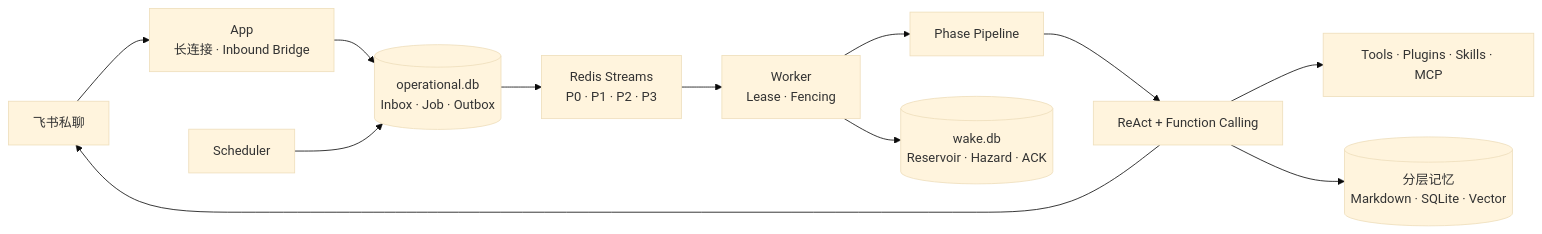
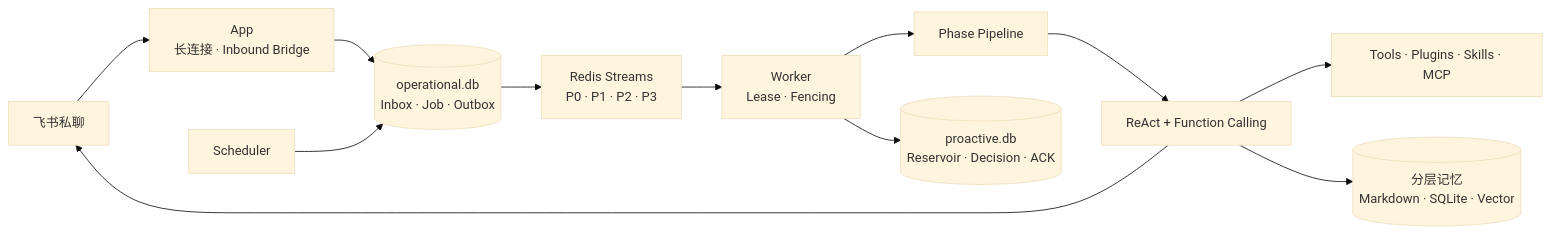
One commit to CR-730/MemoPilot changed the diagram in README.md. Above: the diagram before and after it, drawn with Mermaid (base theme). The commit also changed other lines of this file and 7 other files, not shown here.

````diff
--- a/README.md
+++ b/README.md
@@ -40,14 +40,14 @@
 ```mermaid
 flowchart LR
     F["飞书私聊"] --> A["App\n长连接 · Inbound Bridge"]
     A --> O[("operational.db\nInbox · Job · Outbox")]
     O --> R["Redis Streams\nP0 · P1 · P2 · P3"]
     R --> W["Worker\nLease · Fencing"]
     W --> P["Phase Pipeline"]
     P --> X["ReAct + Function Calling"]
     X --> T["Tools · Plugins · Skills · MCP"]
     X --> M[("分层记忆\nMarkdown · SQLite · Vector")]
     S["Scheduler"] --> O
-    W --> K[("wake.db\nReservoir · Hazard · ACK")]
+    W --> K[("proactive.db\nReservoir · Decision · ACK")]
     X --> F
 ```
````
